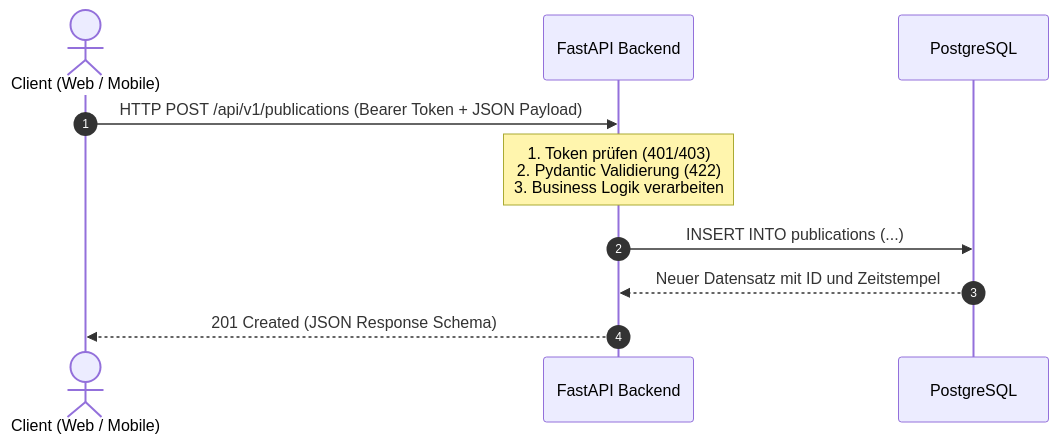
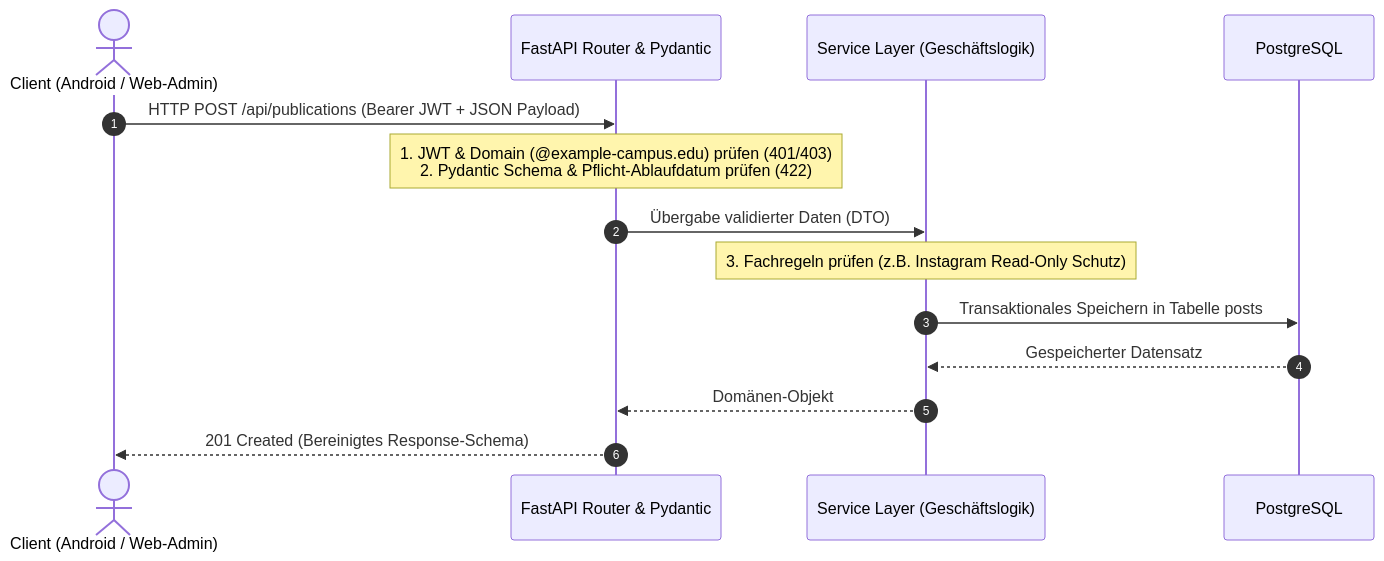
Before and after one commit to Pascal-Thommen/pascal-thommen.github.io: the first of 3 diagrams in content/posts/upa-campus-app-architecture-part-5/index.de.md, drawn with Mermaid. The commit also changed other lines of this file and 20 other files, not shown here.

Commit message:
feat(posts): refine UPA Campus App architecture series with holistic webapp mental model and specification depth

````diff
--- a/content/posts/upa-campus-app-architecture-part-5/index.de.md
+++ b/content/posts/upa-campus-app-architecture-part-5/index.de.md
@@ -28,13 +33,17 @@
 ```mermaid
 sequenceDiagram
     autonumber
-    actor Client as Client (Web / Mobile)
-    participant API as FastAPI Backend
+    actor Client as Client (Android / Web-Admin)
+    participant API as FastAPI Router & Pydantic
+    participant Service as Service Layer (Geschäftslogik)
     participant DB as PostgreSQL
 
-    Client->>API: HTTP POST /api/v1/publications (Bearer Token + JSON Payload)
-    Note over API: 1. Token prüfen (401/403)<br/>2. Pydantic Validierung (422)<br/>3. Business Logik verarbeiten
-    API->>DB: INSERT INTO publications (...)
-    DB-->>API: Neuer Datensatz mit ID und Zeitstempel
-    API-->>Client: 201 Created (JSON Response Schema)
+    Client->>API: HTTP POST /api/publications (Bearer JWT + JSON Payload)
+    Note over API: 1. JWT & Domain (@example-campus.edu) prüfen (401/403)<br/>2. Pydantic Schema & Pflicht-Ablaufdatum prüfen (422)
+    API->>Service: Übergabe validierter Daten (DTO)
+    Note over Service: 3. Fachregeln prüfen (z.B. Instagram Read-Only Schutz)
+    Service->>DB: Transaktionales Speichern in Tabelle posts
+    DB-->>Service: Gespeicherter Datensatz
+    Service-->>API: Domänen-Objekt
+    API-->>Client: 201 Created (Bereinigtes Response-Schema)
 ```
````
